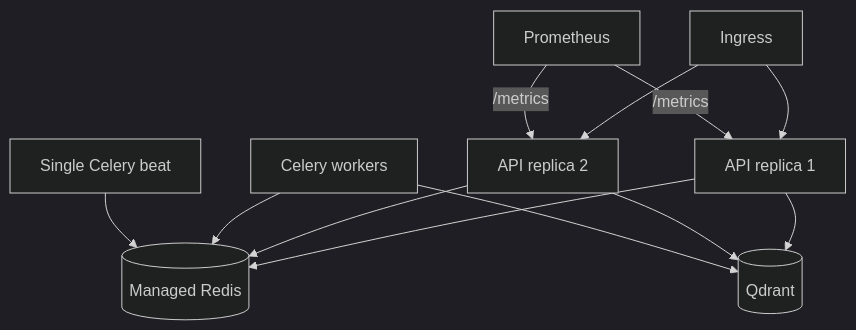
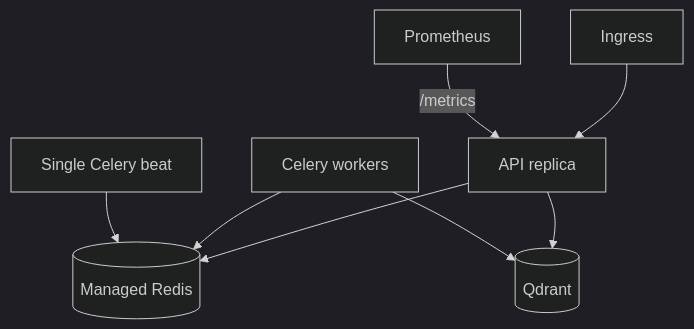
Before and after one commit to mrinmoyece/cortex: the diagram in docs/OPERATIONS.md, drawn with Mermaid (dark theme). The commit also changed other lines of this file and 20 other files, not shown here.

````diff
--- a/docs/OPERATIONS.md
+++ b/docs/OPERATIONS.md
@@ -87,14 +86,10 @@
 ```mermaid
 flowchart TB
-    Ingress[Ingress] --> API1[API replica 1]
-    Ingress --> API2[API replica 2]
+    Ingress[Ingress] --> API1[API replica]
     API1 --> Redis[(Managed Redis)]
-    API2 --> Redis
     API1 --> Qdrant[(Qdrant)]
-    API2 --> Qdrant
     Worker[Celery workers] --> Redis
     Worker --> Qdrant
     Beat[Single Celery beat] --> Redis
     Prom[Prometheus] -->|/metrics| API1
-    Prom -->|/metrics| API2
 ```
````
